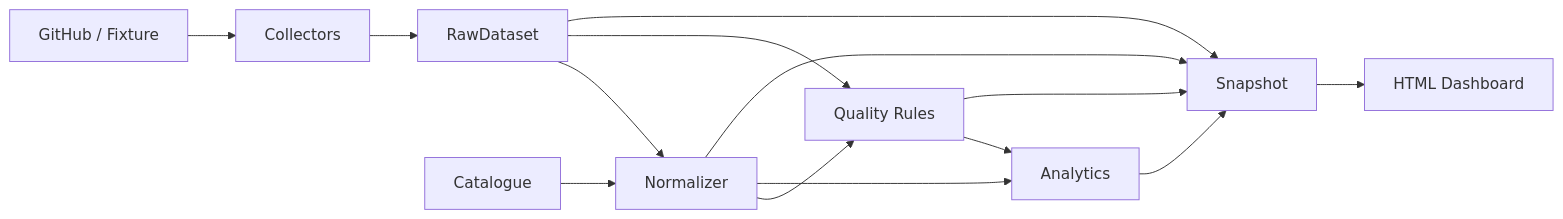
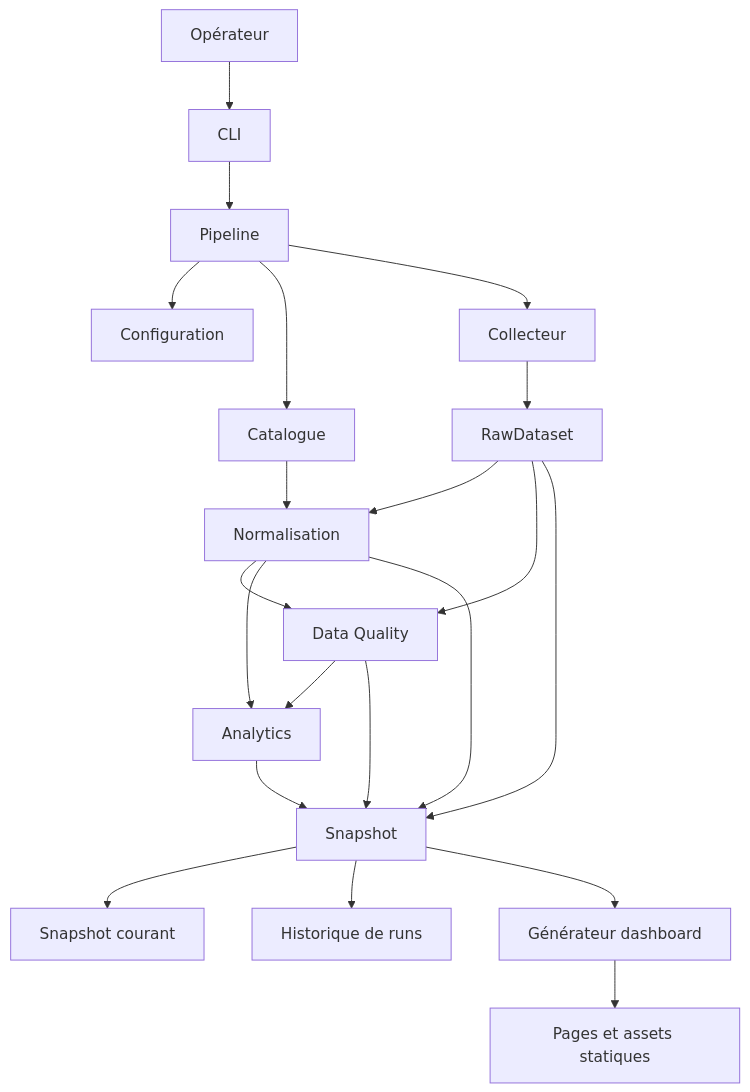
One commit to bdelion/design-system-quality-pipeline changed the second of 2 diagrams in docs/06-architecture/architecture.md. Above: the diagram before and after it, drawn with Mermaid. The commit also changed other lines of this file and 99 other files, not shown here.

````diff
--- a/docs/06-architecture/architecture.md
+++ b/docs/06-architecture/architecture.md
@@ -5,16 +76,29 @@
 ```mermaid
-flowchart LR
-  SRC[GitHub / Fixture] --> COL[Collectors]
-  COL --> RAW[RawDataset]
-  CAT[Catalogue] --> NORM[Normalizer]
-  RAW --> NORM
-  NORM --> DQ[Quality Rules]
-  RAW --> DQ
-  NORM --> ANA[Analytics]
-  DQ --> ANA
-  ANA --> SNAP[Snapshot]
-  RAW --> SNAP
-  NORM --> SNAP
-  DQ --> SNAP
-  SNAP --> DASH[HTML Dashboard]
+flowchart TD
+    OP[Opérateur] --> CLI[CLI]
+    CLI --> PIPE[Pipeline]
+
+    PIPE --> CFG[Configuration]
+    PIPE --> CAT[Catalogue]
+    PIPE --> COL[Collecteur]
+
+    COL --> RAW[RawDataset]
+    CAT --> NORM[Normalisation]
+    RAW --> NORM
+
+    RAW --> DQ[Data Quality]
+    NORM --> DQ
+
+    NORM --> KPI[Analytics]
+    DQ --> KPI
+
+    RAW --> SNAP[Snapshot]
+    NORM --> SNAP
+    DQ --> SNAP
+    KPI --> SNAP
+
+    SNAP --> CURRENT[Snapshot courant]
+    SNAP --> RUNS[Historique de runs]
+    SNAP --> DASH[Générateur dashboard]
+    DASH --> HTML[Pages et assets statiques]
 ```
````
